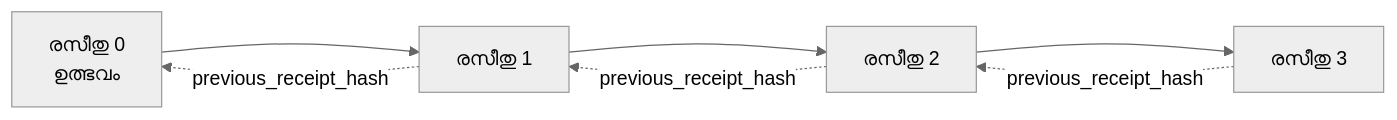
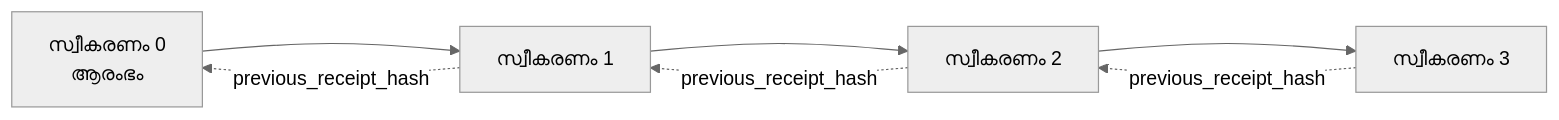
One commit to gabrielmoreira/agent-skills-mirror changed the second of 2 diagrams in mirrors/repos/microsoft@ai-agents-for-beginners/translations/ml/18-securing-ai-agents/README.md. Above: the diagram before and after it, drawn with Mermaid (neutral theme). The commit also changed other lines of this file and 4262 other files, not shown here.

````diff
--- a/mirrors/repos/microsoft@ai-agents-for-beginners/translations/ml/18-securing-ai-agents/README.md
+++ b/mirrors/repos/microsoft@ai-agents-for-beginners/translations/ml/18-securing-ai-agents/README.md
@@ -206,9 +203,9 @@
 ```mermaid
 flowchart LR
-    R0[രസീതു 0<br/>ഉത്ഭവം] --> R1[രസീതു 1]
-    R1 --> R2[രസീതു 2]
-    R2 --> R3[രസീതു 3]
+    R0[സ്വീകരണം 0<br/>ആരംഭം] --> R1[സ്വീകരണം 1]
+    R1 --> R2[സ്വീകരണം 2]
+    R2 --> R3[സ്വീകരണം 3]
     R1 -. previous_receipt_hash .-> R0
     R2 -. previous_receipt_hash .-> R1
     R3 -. previous_receipt_hash .-> R2
 ```
````
